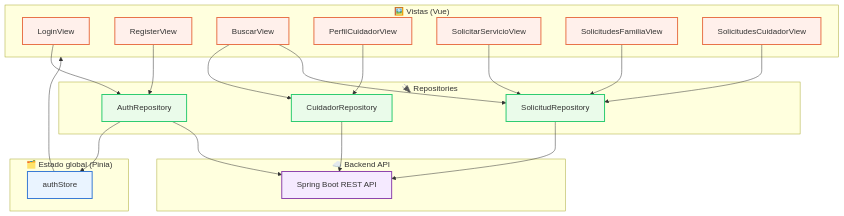
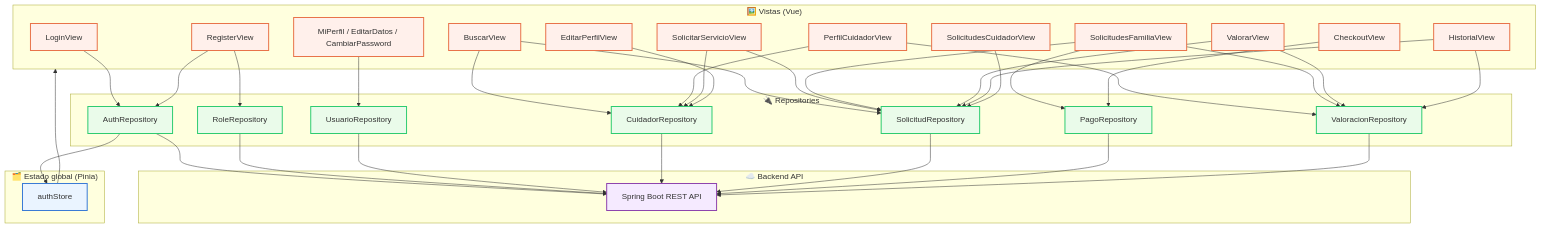
The first of 9 diagrams in README.md (AndreaVaGo/acompaname-frontend), drawn with Mermaid before and after one commit. The commit also changed other lines of this file, not shown here.

Commit message:
docs: replace all the diagram images with Mermaid diagrams

````diff
--- a/README.md
+++ b/README.md
@@ -275,52 +275,81 @@
 ```mermaid
+---
+config:
+  layout: dagre
+---
 flowchart TD
     subgraph UI["🖼️ Vistas (Vue)"]
         Login[LoginView]
         Register[RegisterView]
         Buscar[BuscarView]
         Perfil[PerfilCuidadorView]
         Solicitar[SolicitarServicioView]
         SolFam[SolicitudesFamiliaView]
+        Checkout[CheckoutView]
+        Valorar[ValorarView]
+        Historial[HistorialView]
         SolCui[SolicitudesCuidadorView]
+        EditPerfil[EditarPerfilView]
+        Cuenta[MiPerfil / EditarDatos / CambiarPassword]
     end
 
     subgraph STATE["🗂️ Estado global (Pinia)"]
         AuthStore[authStore]
     end
 
     subgraph REPO["🔌 Repositories"]
         AuthRepo[AuthRepository]
+        RoleRepo[RoleRepository]
+        UsuarioRepo[UsuarioRepository]
         CuidadorRepo[CuidadorRepository]
         SolicitudRepo[SolicitudRepository]
+        PagoRepo[PagoRepository]
+        ValoracionRepo[ValoracionRepository]
     end
 
     subgraph API["☁️ Backend API"]
         Spring[Spring Boot REST API]
     end
 
     Login --> AuthRepo
     Register --> AuthRepo
+    Register --> RoleRepo
     Buscar --> CuidadorRepo
     Buscar --> SolicitudRepo
     Perfil --> CuidadorRepo
+    Perfil --> ValoracionRepo
+    Solicitar --> CuidadorRepo
     Solicitar --> SolicitudRepo
     SolFam --> SolicitudRepo
+    SolFam --> PagoRepo
+    SolFam --> ValoracionRepo
+    Checkout --> PagoRepo
+    Valorar --> SolicitudRepo
+    Valorar --> ValoracionRepo
+    Historial --> SolicitudRepo
+    Historial --> ValoracionRepo
     SolCui --> SolicitudRepo
+    EditPerfil --> CuidadorRepo
+    Cuenta --> UsuarioRepo
 
     AuthRepo --> AuthStore
     AuthStore --> UI
 
     AuthRepo --> Spring
+    RoleRepo --> Spring
+    UsuarioRepo --> Spring
     CuidadorRepo --> Spring
     SolicitudRepo --> Spring
+    PagoRepo --> Spring
+    ValoracionRepo --> Spring
 
     classDef ui fill:#fff0eb,stroke:#e8734a,stroke-width:2px,color:#333;
     classDef state fill:#eaf4ff,stroke:#3a7bd5,stroke-width:2px,color:#333;
     classDef repo fill:#eafbea,stroke:#2ecc71,stroke-width:2px,color:#333;
     classDef api fill:#f5eaff,stroke:#8e44ad,stroke-width:2px,color:#333;
 
-    class Login,Register,Buscar,Perfil,Solicitar,SolFam,SolCui ui;
+    class Login,Register,Buscar,Perfil,Solicitar,SolFam,Checkout,Valorar,Historial,SolCui,EditPerfil,Cuenta ui;
     class AuthStore state;
-    class AuthRepo,CuidadorRepo,SolicitudRepo repo;
+    class AuthRepo,RoleRepo,UsuarioRepo,CuidadorRepo,SolicitudRepo,PagoRepo,ValoracionRepo repo;
     class Spring api;
 ```
````
